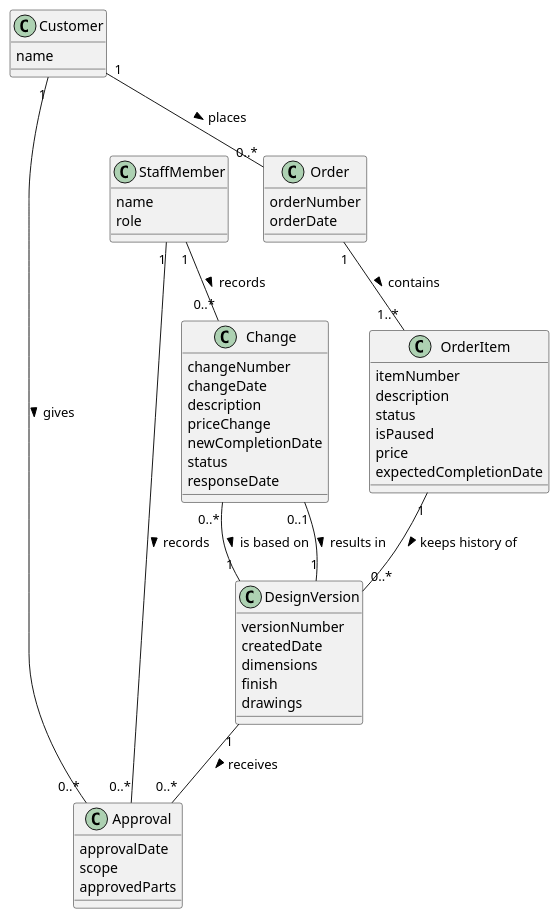
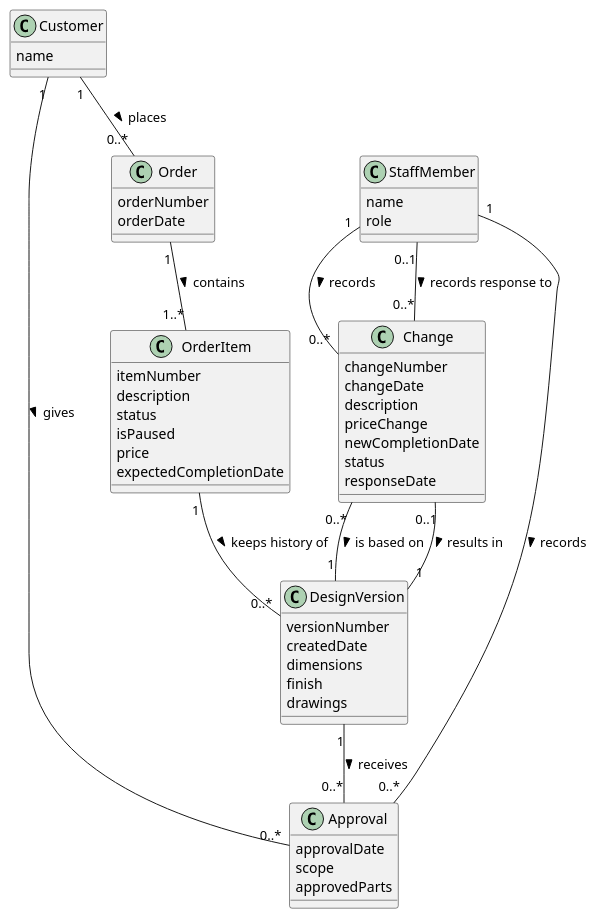
One commit to Ahmad-1031/OOAD_CA2 changed the diagram in uc6-domain-model.puml. Above: the diagram before and after it, drawn with PlantUML. The commit also changed 2 other files, not shown here.

```diff
--- a/uc6-domain-model.puml
+++ b/uc6-domain-model.puml
@@ -1,60 +1,61 @@
 @startuml domain-model
 
 class Customer {
   name
 }
 
 class Order {
   orderNumber
   orderDate
 }
 
 class OrderItem {
   itemNumber
   description
   status
   isPaused
   price
   expectedCompletionDate
 }
 
 class DesignVersion {
   versionNumber
   createdDate
   dimensions
   finish
   drawings
 }
 
 class Approval {
   approvalDate
   scope
   approvedParts
 }
 
 class Change {
   changeNumber
   changeDate
   description
   priceChange
   newCompletionDate
   status
   responseDate
 }
 
 class StaffMember {
   name
   role
 }
 
 Customer "1" -- "0..*" Order : places >
 Order "1" -- "1..*" OrderItem : contains >
 OrderItem "1" -- "0..*" DesignVersion : keeps history of >
 DesignVersion "1" -- "0..*" Approval : receives >
 Customer "1" -- "0..*" Approval : gives >
 StaffMember "1" -- "0..*" Approval : records >
 Change "0..*" -- "1" DesignVersion : is based on >
 Change "0..1" -- "1" DesignVersion : results in >
 StaffMember "1" -- "0..*" Change : records >
+StaffMember "0..1" -- "0..*" Change : records response to >
 
 @enduml
```
